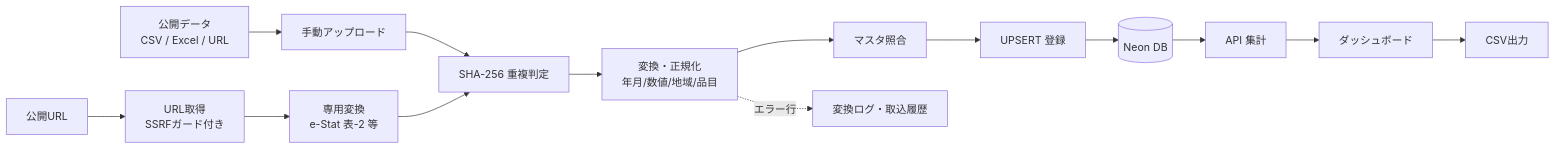
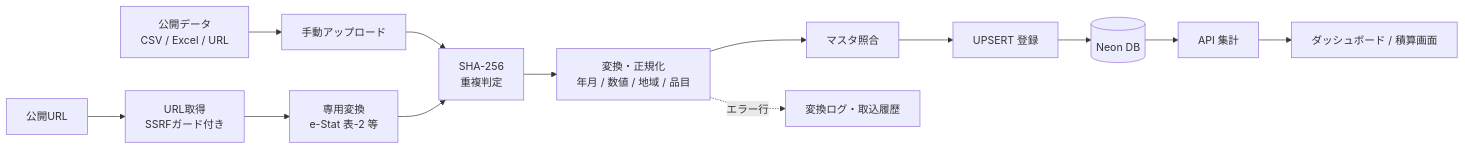
One commit to Kensan196948G/Civil-Cost-Index-Dashboard changed the third of 9 diagrams in README.md. Above: the diagram before and after it, drawn with Mermaid. The commit also changed other lines of this file and 134 other files, not shown here.

````diff
--- a/README.md
+++ b/README.md
@@ -114,16 +142,15 @@
 ```mermaid
 flowchart LR
-    SRC[公開データ<br/>CSV / Excel / URL] --> UP[手動アップロード]
-    URL[公開URL] --> FETCH[URL取得<br/>SSRFガード付き]
-    FETCH --> CONV[専用変換<br/>e-Stat 表-2 等]
-    UP --> HASH[SHA-256 重複判定]
+    SRC["公開データ<br/>CSV / Excel / URL"] --> UP["手動アップロード"]
+    URL["公開URL"] --> FETCH["URL取得<br/>SSRFガード付き"]
+    FETCH --> CONV["専用変換<br/>e-Stat 表-2 等"]
+    UP --> HASH["SHA-256<br/>重複判定"]
     CONV --> HASH
-    HASH --> TR[変換・正規化<br/>年月/数値/地域/品目]
-    TR --> MS[マスタ照合]
-    MS --> UPSERT[UPSERT 登録]
-    UPSERT --> DB[(Neon DB)]
-    DB --> API[API 集計]
-    API --> UI[ダッシュボード]
-    UI --> OUT[CSV出力]
-    TR -. エラー行 .-> LOG[変換ログ・取込履歴]
+    HASH --> TR["変換・正規化<br/>年月 / 数値 / 地域 / 品目"]
+    TR --> MS["マスタ照合"]
+    MS --> UPSERT["UPSERT 登録"]
+    UPSERT --> DB[("Neon DB")]
+    DB --> API["API 集計"]
+    API --> UI["ダッシュボード / 積算画面"]
+    TR -. "エラー行" .-> LOG["変換ログ・取込履歴"]
 ```
````
